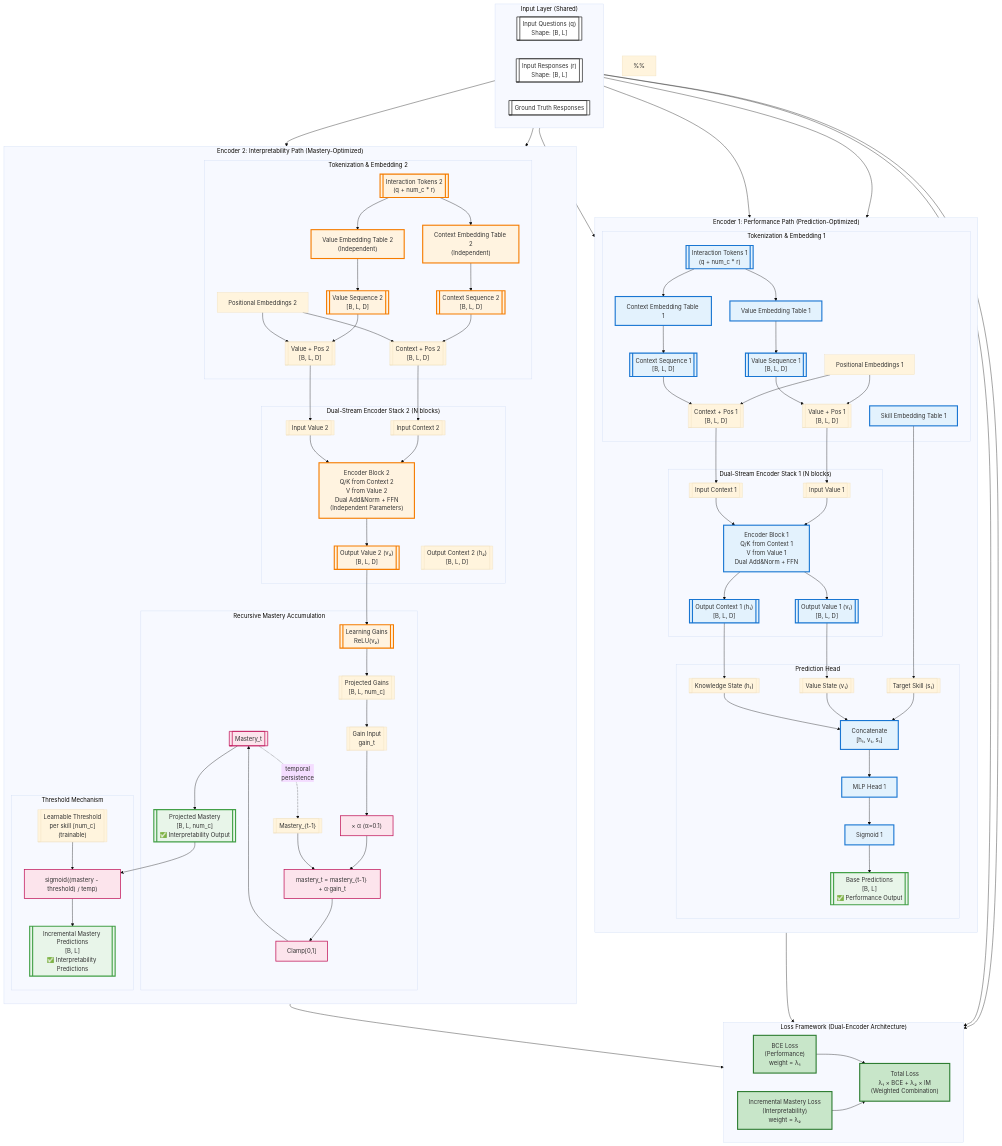
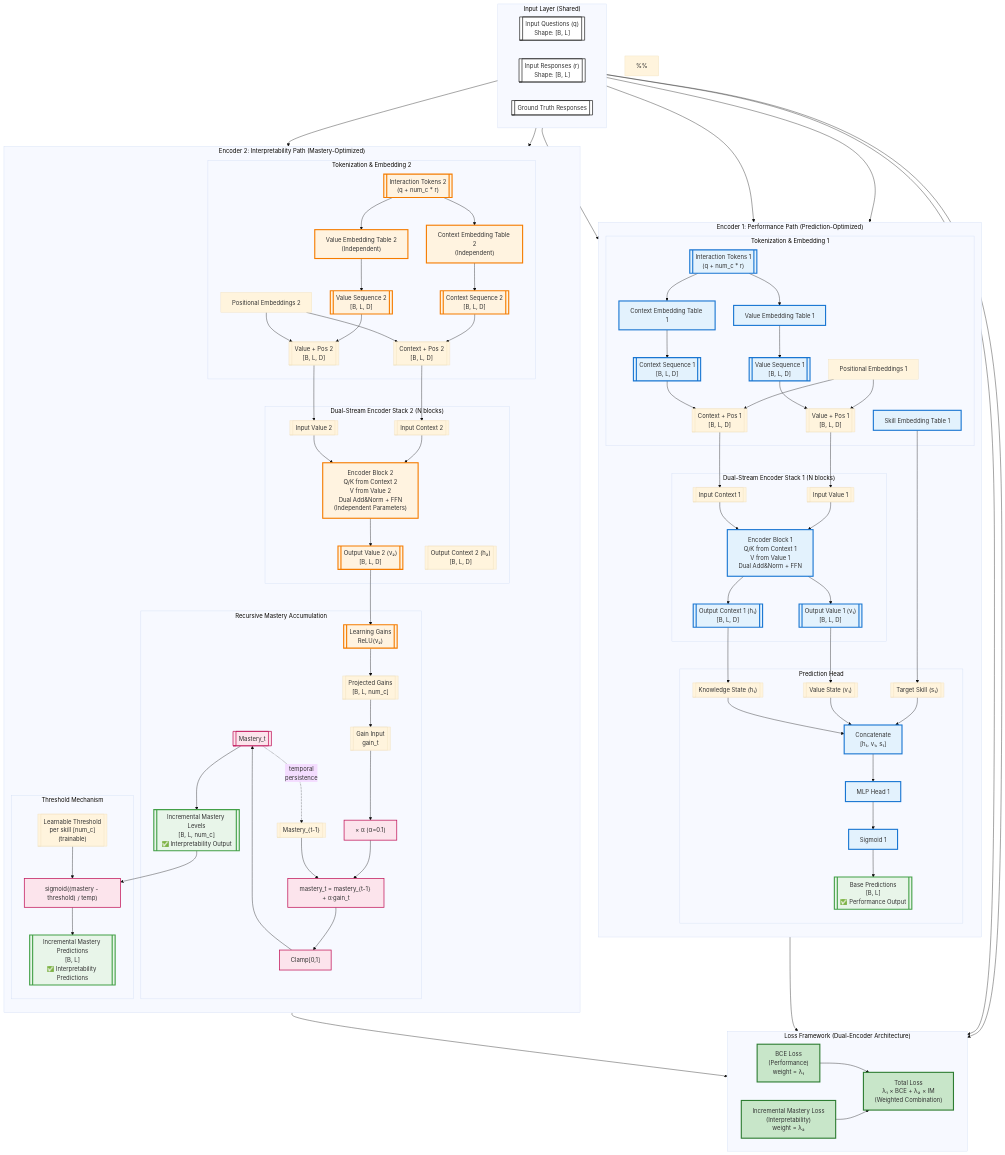
Before and after one commit to clabra/pykt-toolkit: the first of 5 diagrams in paper/STATUS_gainakt3exp.md, drawn with Mermaid (base theme). The commit also changed other lines of this file and 2 other files, not shown here.

```diff
--- a/paper/STATUS_gainakt3exp.md
+++ b/paper/STATUS_gainakt3exp.md
@@ -177,7 +356,7 @@
             Clamp_Op["Clamp[0,1]"]
             
             Mastery_Current[["Mastery_t"]]
-            Projected_Mastery[["Projected Mastery<br/>[B, L, num_c]<br/>✅ Interpretability Output"]]
+            Projected_Mastery[["Incremental Mastery Levels<br/>[B, L, num_c]<br/>✅ Interpretability Output"]]
             
             Mastery_Current -.->|"temporal<br/>persistence"| Mastery_Prev
         end
```
